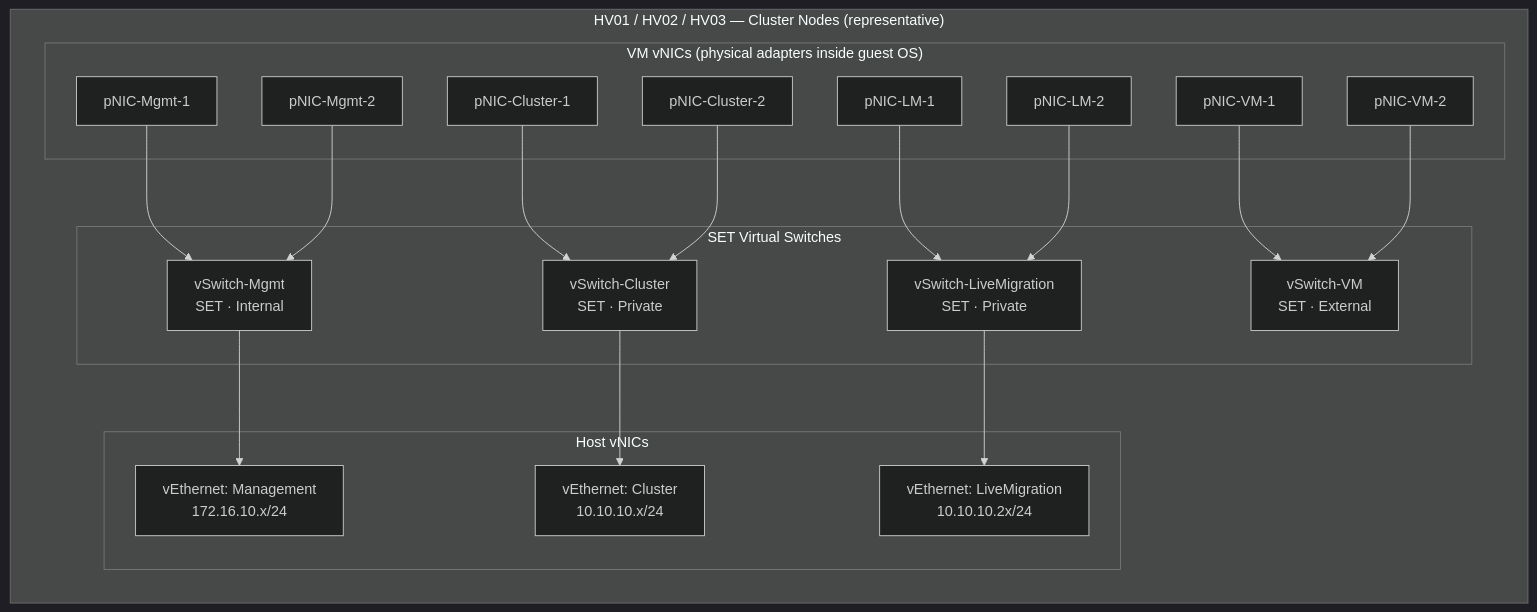
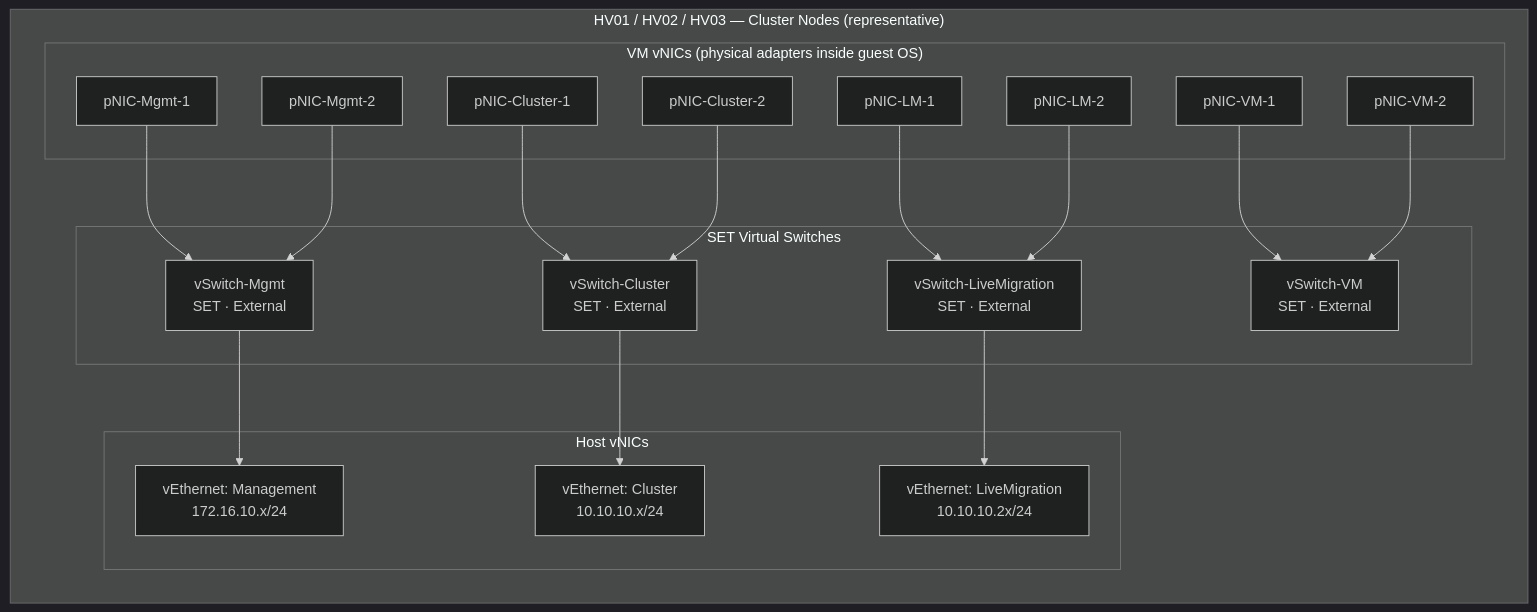
The diagram in docs/hyper-v-failover-cluster-lab-guide.md (Greg-T8/ws2025-hyperv-cluster-lab), drawn with Mermaid (dark theme) before and after one commit. The commit also changed other lines of this file, not shown here.

Commit message:
feat: update Hyper-V Failover Cluster Lab Guide to change vSwitch types from Private to External for improved network configuration

````diff
--- a/docs/hyper-v-failover-cluster-lab-guide.md
+++ b/docs/hyper-v-failover-cluster-lab-guide.md
@@ -58,36 +58,36 @@
 ```mermaid
 graph LR
     subgraph NODE["HV01 / HV02 / HV03 — Cluster Nodes (representative)"]
         subgraph GNICS["VM vNICs (physical adapters inside guest OS)"]
             M1["pNIC-Mgmt-1"]
             M2["pNIC-Mgmt-2"]
             C1["pNIC-Cluster-1"]
             C2["pNIC-Cluster-2"]
             LM1["pNIC-LM-1"]
             LM2["pNIC-LM-2"]
             CP1["pNIC-VM-1"]
             CP2["pNIC-VM-2"]
         end
 
         subgraph GSET["SET Virtual Switches"]
-            SET_M["vSwitch-Mgmt\nSET · Internal"]
-            SET_C["vSwitch-Cluster\nSET · Private"]
-            SET_LM["vSwitch-LiveMigration\nSET · Private"]
+            SET_M["vSwitch-Mgmt\nSET · External"]
+            SET_C["vSwitch-Cluster\nSET · External"]
+            SET_LM["vSwitch-LiveMigration\nSET · External"]
             SET_CP["vSwitch-VM\nSET · External"]
         end
 
         subgraph GVNICS["Host vNICs"]
             HV_MGMT["vEthernet: Management\n172.16.10.x/24"]
             HV_CLUS["vEthernet: Cluster\n10.10.10.x/24"]
             HV_LM["vEthernet: LiveMigration\n10.10.10.2x/24"]
         end
 
         M1 & M2 --> SET_M
         C1 & C2 --> SET_C
         LM1 & LM2 --> SET_LM
         CP1 & CP2 --> SET_CP
         SET_M --> HV_MGMT
         SET_C --> HV_CLUS
         SET_LM --> HV_LM
     end
 ```
````
